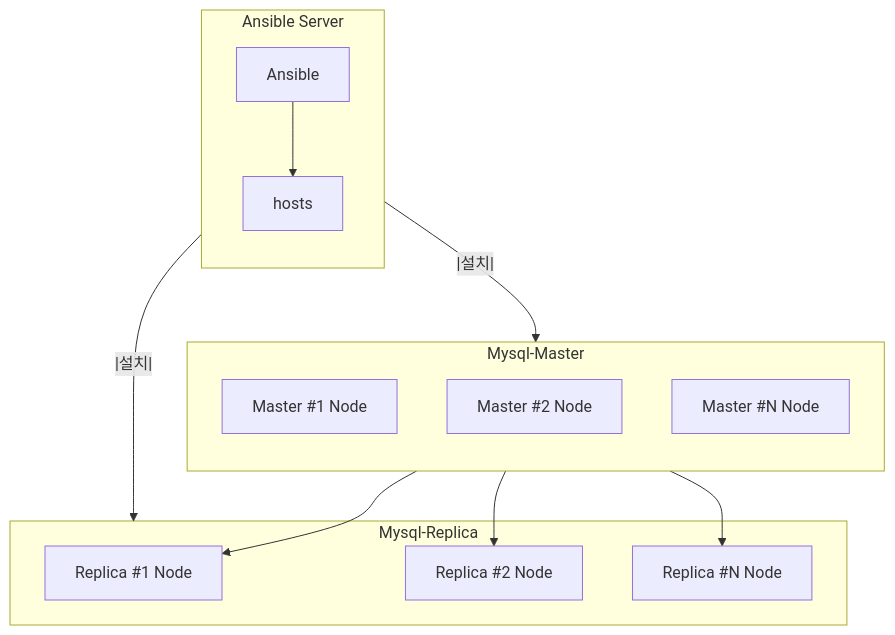
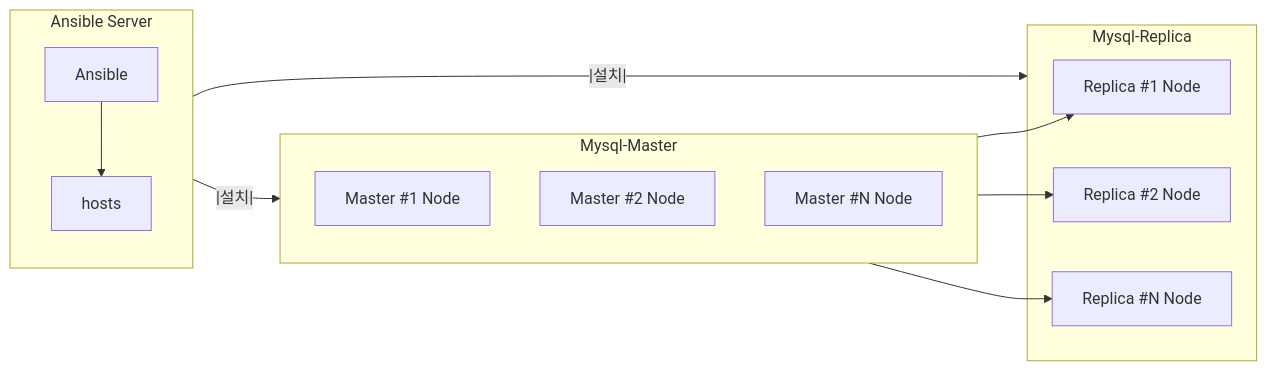
Before and after one commit to QubitSecurity/howto: the diagram in rocky9/app/mysql/ansible_install/readme.md, drawn with Mermaid.

````diff
--- a/rocky9/app/mysql/ansible_install/readme.md
+++ b/rocky9/app/mysql/ansible_install/readme.md
@@ -31,40 +31,40 @@
 ```mermaid
-graph TD;
+graph LR;
 
     %% Define layout direction and spacing
     %% style Ansible_Server fill:#f9f,stroke:#333,stroke-width:2px,height:200px;
     %% style Zookeeper fill:#cfc,stroke:#333,stroke-width:2px;
 
 
     %% Ansible Server Section
     subgraph Ansible_Server[Ansible Server]
         direction TB
         Ansible1[Ansible]
         hosts[hosts]
         
         Ansible1 --> hosts
     end
 
     %% Zookeeper Section
     subgraph Mysql-Master
         direction TB
         Master1[Master #1 Node]
 		Master2[Master #2 Node]
 		MasterN[Master #N Node]
 		
 	end
 	    
 	subgraph Mysql-Replica
         Replica1[Replica #1 Node]      
         Replica2[Replica #2 Node]
         ReplicaN[Replica #N Node]
     end
 
 
     hosts --|설치|--> Mysql-Master
 	hosts --|설치|--> Mysql-Replica
 
     Master1 --> Replica1
     Master2 --> Replica2
     MasterN --> ReplicaN
 ```
````
